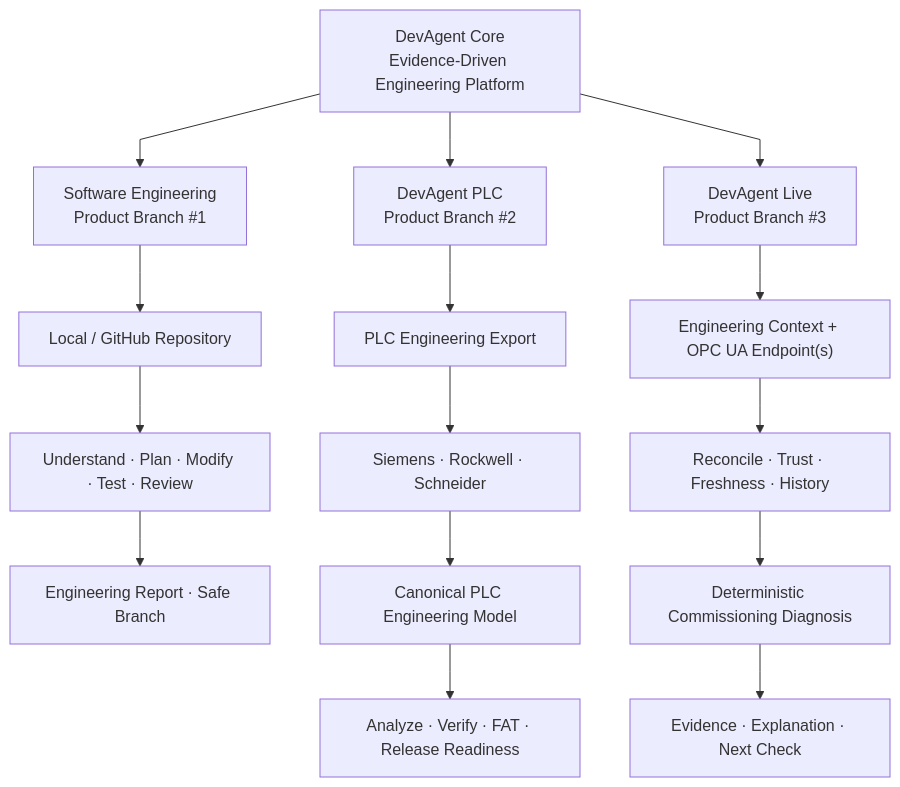
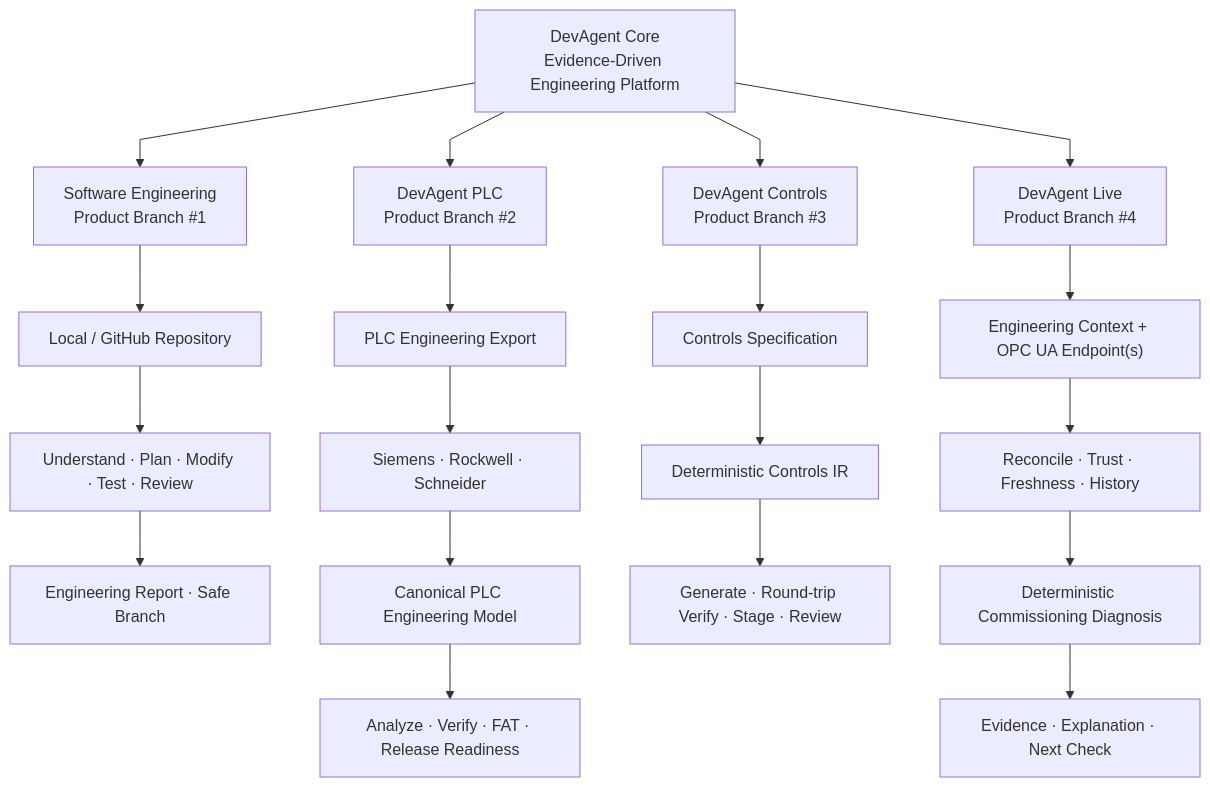
Before and after one commit to tomha85/devagent: the first of 2 diagrams in README.md, drawn with Mermaid. The commit also changed other lines of this file, not shown here.

Commit message:
docs(controls): add Controls as fourth product branch

````diff
--- a/README.md
+++ b/README.md
@@ -27,23 +27,28 @@
 ```mermaid
 %%{init: {"flowchart": {"curve": "linear", "nodeSpacing": 50, "rankSpacing": 55}}}%%
 flowchart TB
     CORE["DevAgent Core<br/>Evidence-Driven Engineering Platform"]
 
     CORE --> SW["Software Engineering<br/>Product Branch #1"]
     CORE --> PLC["DevAgent PLC<br/>Product Branch #2"]
-    CORE --> LIVE["DevAgent Live<br/>Product Branch #3"]
+    CORE --> CONTROLS["DevAgent Controls<br/>Product Branch #3"]
+    CORE --> LIVE["DevAgent Live<br/>Product Branch #4"]
 
     SW --> SW_IN["Local / GitHub Repository"]
     SW_IN --> SW_FLOW["Understand · Plan · Modify · Test · Review"]
     SW_FLOW --> SW_OUT["Engineering Report · Safe Branch"]
 
     PLC --> PLC_IN["PLC Engineering Export"]
     PLC_IN --> PLC_VENDOR["Siemens · Rockwell · Schneider"]
     PLC_VENDOR --> PLC_MODEL["Canonical PLC Engineering Model"]
     PLC_MODEL --> PLC_OUT["Analyze · Verify · FAT · Release Readiness"]
 
+    CONTROLS --> CTRL_IN["Controls Specification"]
+    CTRL_IN --> CTRL_IR["Deterministic Controls IR"]
+    CTRL_IR --> CTRL_OUT["Generate · Round-trip Verify · Stage · Review"]
+
     LIVE --> LIVE_IN["Engineering Context + OPC UA Endpoint(s)"]
     LIVE_IN --> LIVE_TRUST["Reconcile · Trust · Freshness · History"]
     LIVE_TRUST --> LIVE_DIAG["Deterministic Commissioning Diagnosis"]
     LIVE_DIAG --> LIVE_OUT["Evidence · Explanation · Next Check"]
 ```
````
